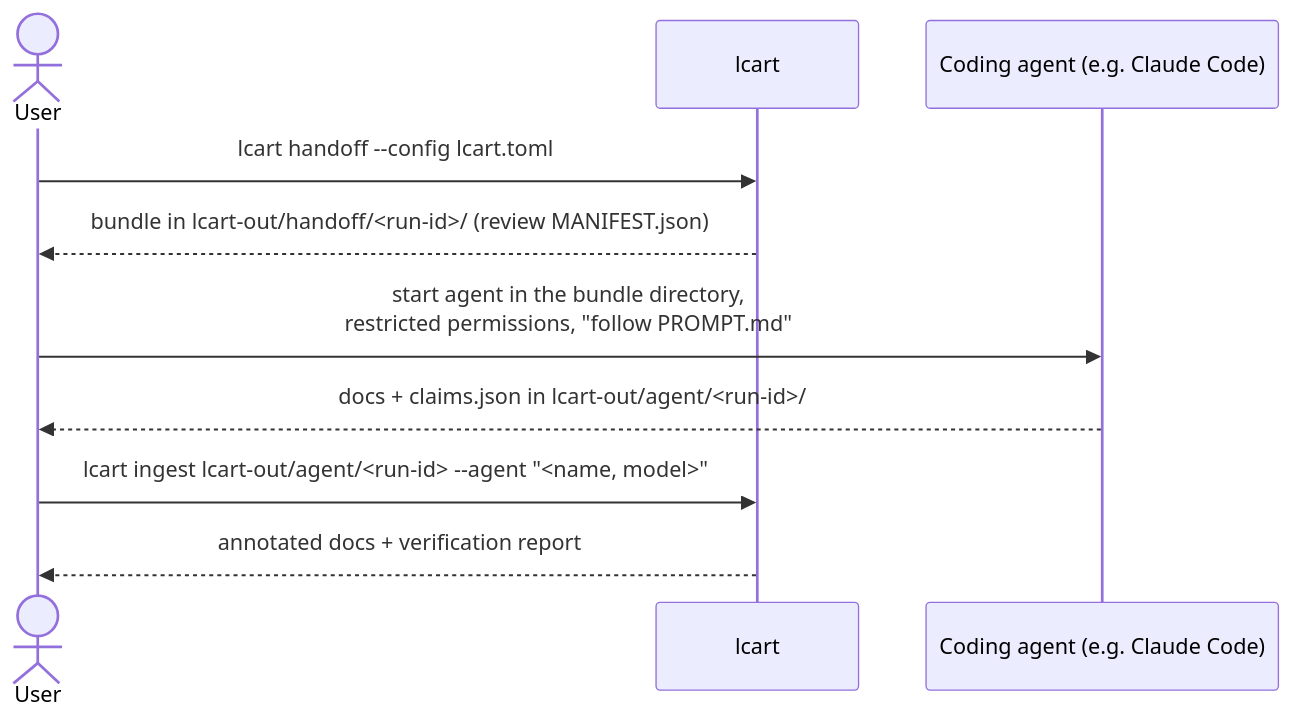
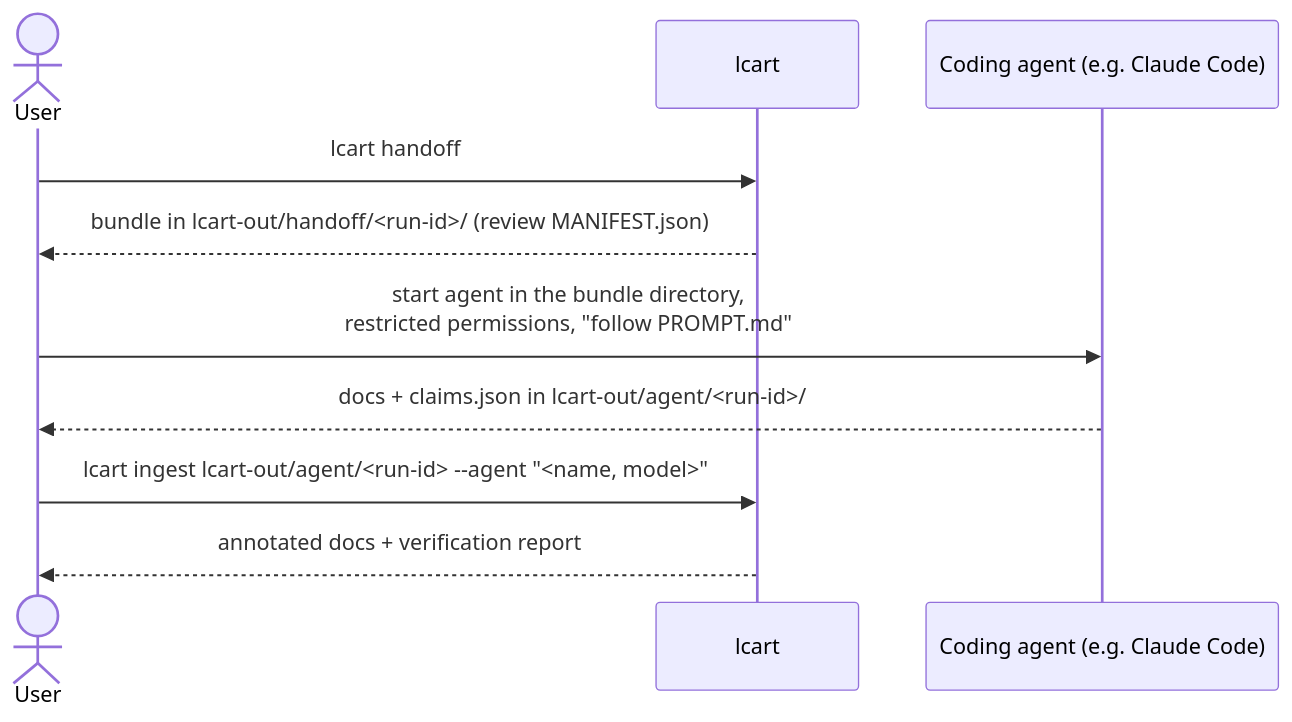
The diagram in docs/specs/handoff-contract.md (Tomek52/legacy-cartographer), drawn with Mermaid before and after one commit. The commit also changed other lines of this file and 39 other files, not shown here.

First line of the commit message:
feat(cli): lcart handoff writes a facts-only bundle (#38)

````diff
--- a/docs/specs/handoff-contract.md
+++ b/docs/specs/handoff-contract.md
@@ -10,12 +14,12 @@
 ```mermaid
 sequenceDiagram
     actor U as User
     participant L as lcart
     participant A as Coding agent (e.g. Claude Code)
-    U->>L: lcart handoff --config lcart.toml
+    U->>L: lcart handoff
     L-->>U: bundle in lcart-out/handoff/<run-id>/ (review MANIFEST.json)
     U->>A: start agent in the bundle directory,<br/>restricted permissions, "follow PROMPT.md"
     A-->>U: docs + claims.json in lcart-out/agent/<run-id>/
     U->>L: lcart ingest lcart-out/agent/<run-id> --agent "<name, model>"
     L-->>U: annotated docs + verification report
 ```
````
